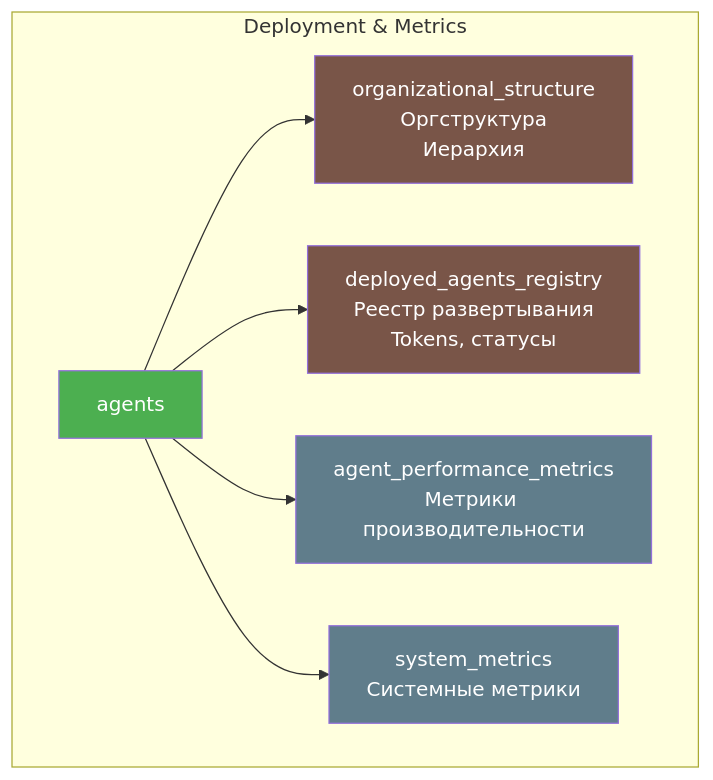
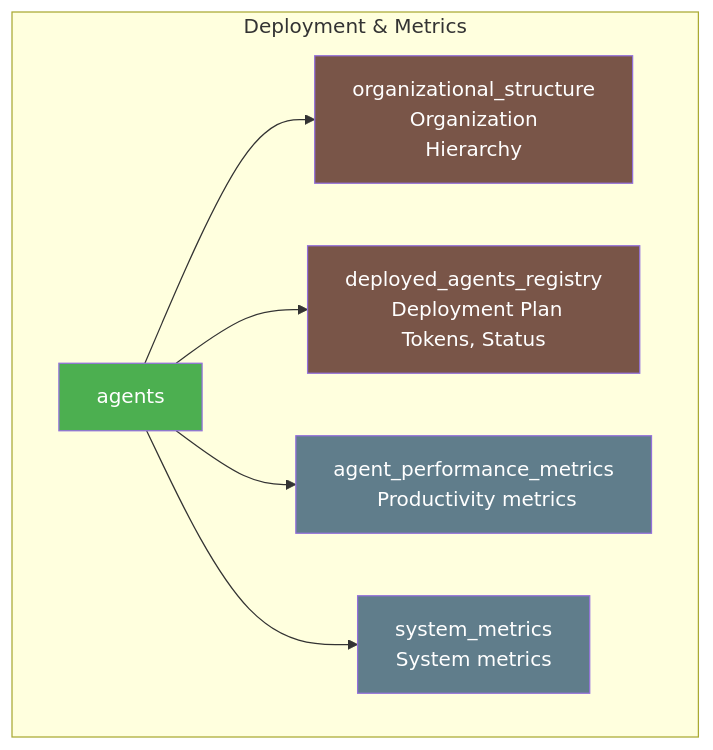
One commit to Maxi-online/hr-intelligence-platform changed the seventh of 11 diagrams in components/office_services/central_database/DATABASE_DIAGRAM.md. Above: the diagram before and after it, drawn with Mermaid. The commit also changed other lines of this file and 90 other files, not shown here.

````diff
--- a/components/office_services/central_database/DATABASE_DIAGRAM.md
+++ b/components/office_services/central_database/DATABASE_DIAGRAM.md
@@ -452,21 +452,21 @@
 ```mermaid
 graph TB
     subgraph "Deployment & Metrics"
         A[agents]
-        OS[organizational_structure<br/>Оргструктура<br/>Иерархия]
-        DR[deployed_agents_registry<br/>Реестр развертывания<br/>Tokens, статусы]
-        PM[agent_performance_metrics<br/>Метрики производительности]
-        SM[system_metrics<br/>Системные метрики]
+        OS[organizational_structure<br/>Organization<br/>Hierarchy]
+        DR[deployed_agents_registry<br/> Deployment Plan<br/>Tokens, Status]
+        PM[agent_performance_metrics<br/> Productivity metrics]
+        SM[system_metrics<br/> System metrics]
         
         A --> OS
         A --> DR
         A --> PM
         A --> SM
     end
     
     style A fill:#4CAF50,color:#fff
     style OS fill:#795548,color:#fff
     style DR fill:#795548,color:#fff
     style PM fill:#607D8B,color:#fff
     style SM fill:#607D8B,color:#fff
 ```
````
